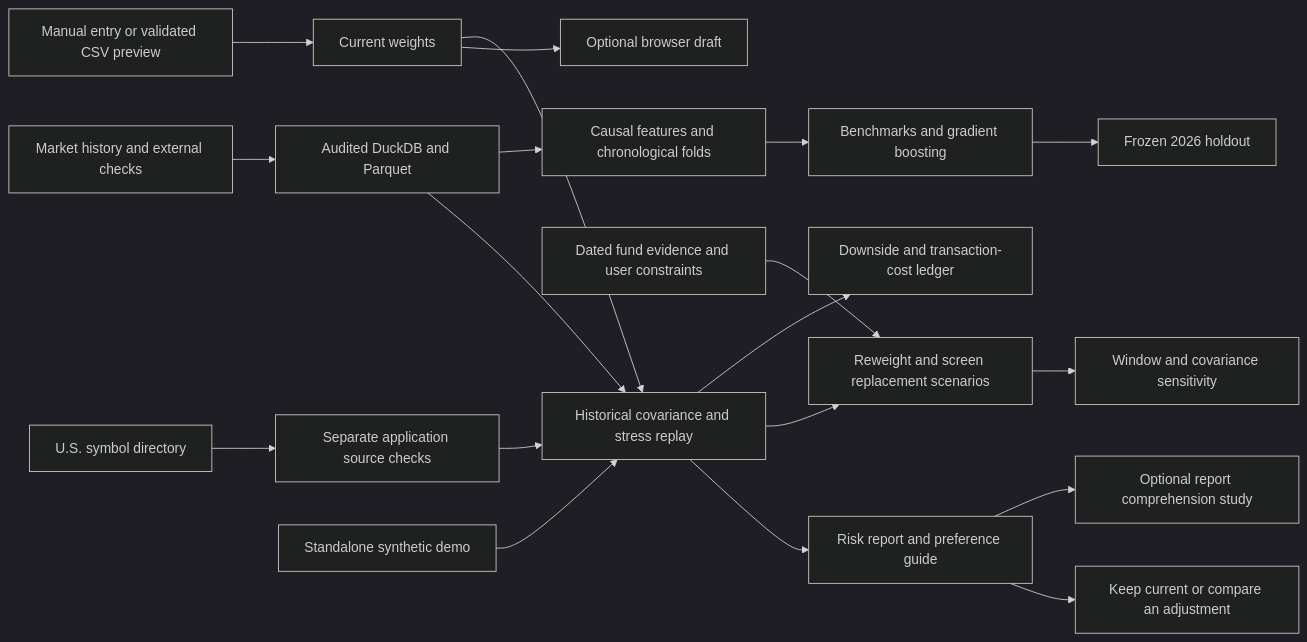
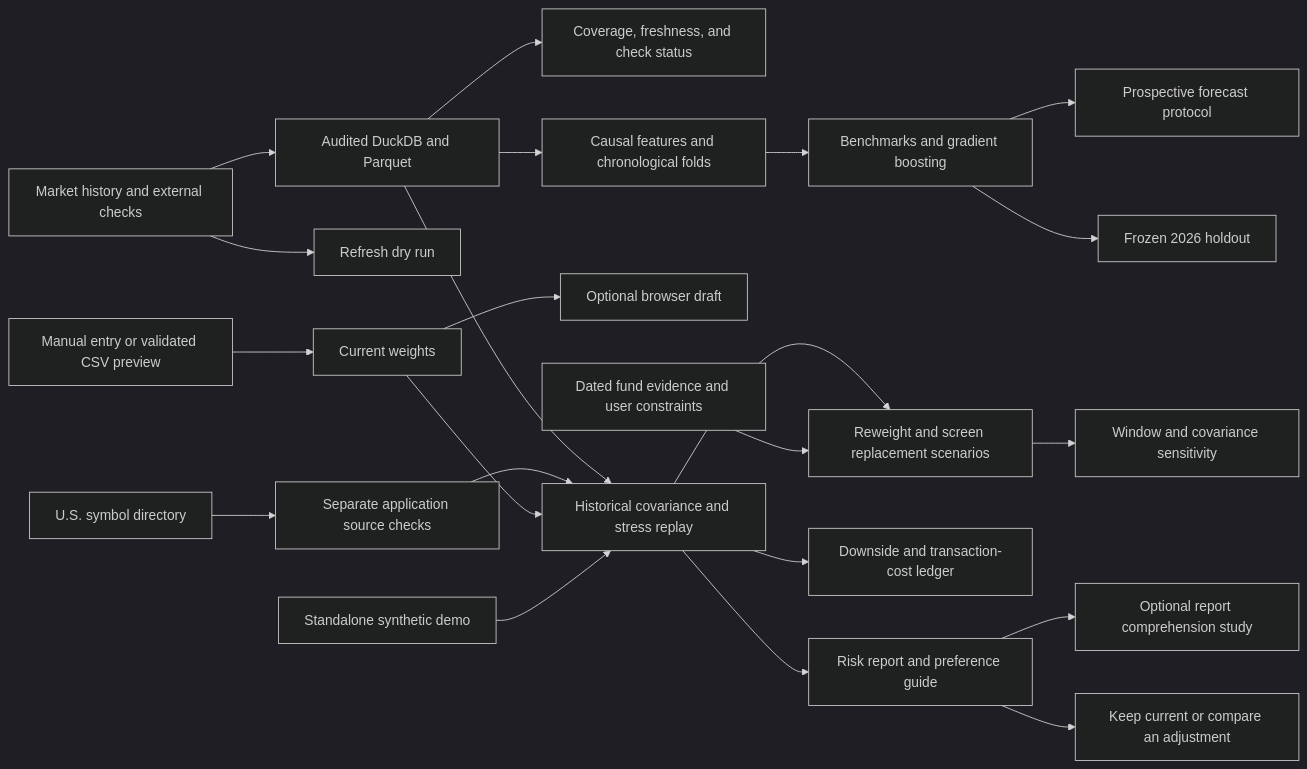
One commit to alisaayz/portfolio-risk changed the diagram in README.md. Above: the diagram before and after it, drawn with Mermaid (dark theme). The commit also changed other lines of this file and 15 other files, not shown here.

````diff
--- a/README.md
+++ b/README.md
@@ -33,21 +34,24 @@
 ```mermaid
 flowchart LR
     A[Market history and external checks] --> B[Audited DuckDB and Parquet]
+    A --> V[Refresh dry run]
+    B --> W[Coverage, freshness, and check status]
     C[U.S. symbol directory] --> D[Separate application source checks]
     B --> E[Historical covariance and stress replay]
     D --> E
     L[Manual entry or validated CSV preview] --> M[Current weights]
     M --> N[Optional browser draft]
     M --> E
     S[Standalone synthetic demo] --> E
     E --> F[Risk report and preference guide]
     F --> P[Keep current or compare an adjustment]
     E --> G[Reweight and screen replacement scenarios]
     E --> Q[Downside and transaction-cost ledger]
     T[Dated fund evidence and user constraints] --> G
     G --> U[Window and covariance sensitivity]
     B --> H[Causal features and chronological folds]
     H --> I[Benchmarks and gradient boosting]
     I --> J[Frozen 2026 holdout]
+    I --> X[Prospective forecast protocol]
     F --> K[Optional report comprehension study]
 ```
````
